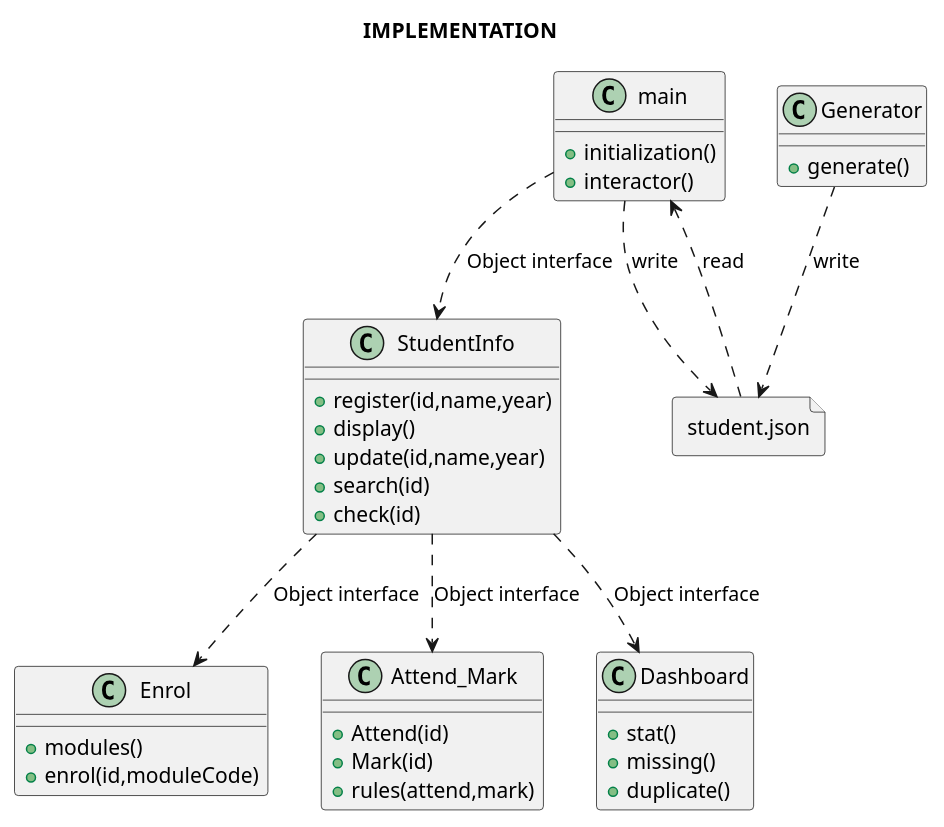
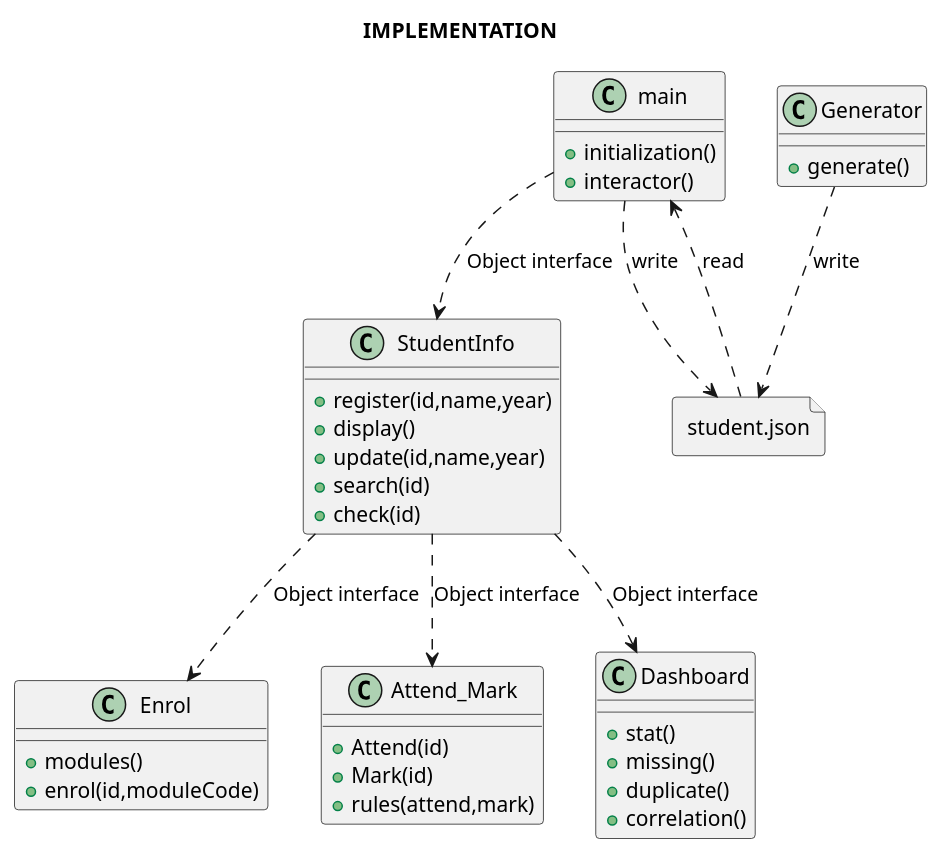
Before and after one commit to WeiZheng-G/UniversityManagementSystem: the diagram in doc/structure.puml, drawn with PlantUML. The commit also changed 1 other file, not shown here.

Commit message:
Pearson correlation

```diff
--- a/doc/structure.puml
+++ b/doc/structure.puml
@@ -1,43 +1,44 @@
 @startuml structure
 allowmixing
 title IMPLEMENTATION
 class main {
     +initialization()
     +interactor()
 }
 class StudentInfo {
     +register(id,name,year)
     +display()
     +update(id,name,year)
     +search(id)
     +check(id)
 }
 class Enrol {
     +modules()
     +enrol(id,moduleCode)
 }
 class Attend_Mark{
     +Attend(id)
     +Mark(id)
     +rules(attend,mark)
 }
 class Dashboard{
     +stat()
     +missing()
     +duplicate()
+    +correlation()
 }
 class Generator{
     +generate()
 }
 
 ' Interface
 main ..> StudentInfo : Object interface
 StudentInfo ..> Enrol: Object interface
 StudentInfo ..> Attend_Mark: Object interface
 StudentInfo ..> Dashboard: Object interface
 ' json
 file "student.json" as JSON
 JSON ..> main : read
 main ..> JSON : write
 Generator ..> JSON : write
 @enduml
```
